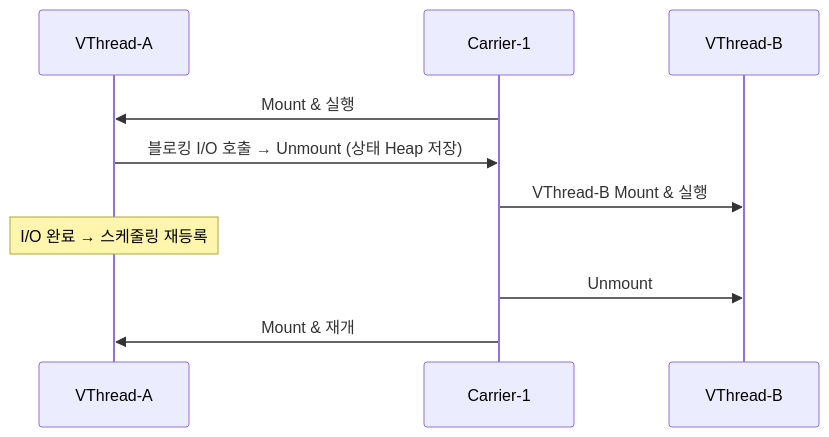
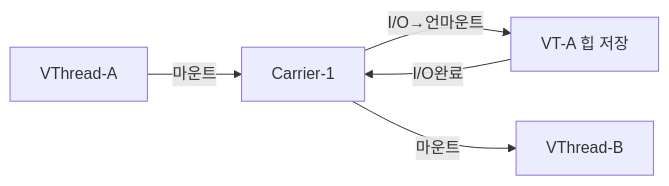
One commit to yjkim2015/yjkim2015.github.io changed the fifth of 7 diagrams in _posts/java/2026-05-01-java-virtual-thread.md. Above: the diagram before and after it, drawn with Mermaid. The commit also changed other lines of this file and 163 other files, not shown here.

First line of the commit message:
Mermaid 300개 블록 내용 축소: 5노드 5엣지 이하, 의미 있는 약어

````diff
--- a/_posts/java/2026-05-01-java-virtual-thread.md
+++ b/_posts/java/2026-05-01-java-virtual-thread.md
@@ -151,12 +151,7 @@
 ```mermaid
-sequenceDiagram
-  participant VA as VThread-A
-  participant C1 as Carrier-1
-  participant VB as VThread-B
-  C1->>VA: Mount & 실행
-  VA->>C1: 블로킹 I/O 호출 → Unmount (상태 Heap 저장)
-  C1->>VB: VThread-B Mount & 실행
-  Note over VA: I/O 완료 → 스케줄링 재등록
-  C1->>VB: Unmount
-  C1->>VA: Mount & 재개
+graph LR
+    VA["VThread-A"] -->|마운트| C1["Carrier-1"]
+    C1 -->|I/O→언마운트| VAH["VT-A 힙 저장"]
+    C1 -->|마운트| VB["VThread-B"]
+    VAH -->|I/O완료| C1
 ```
````
